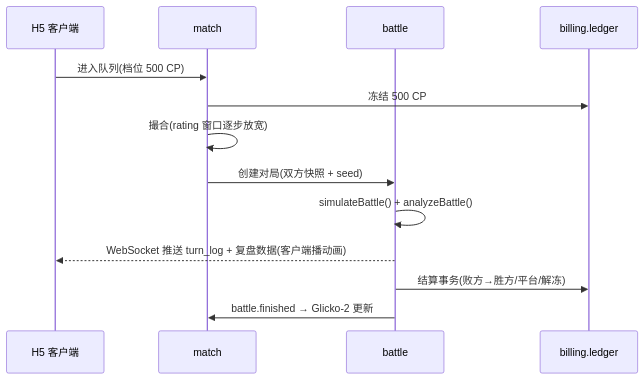
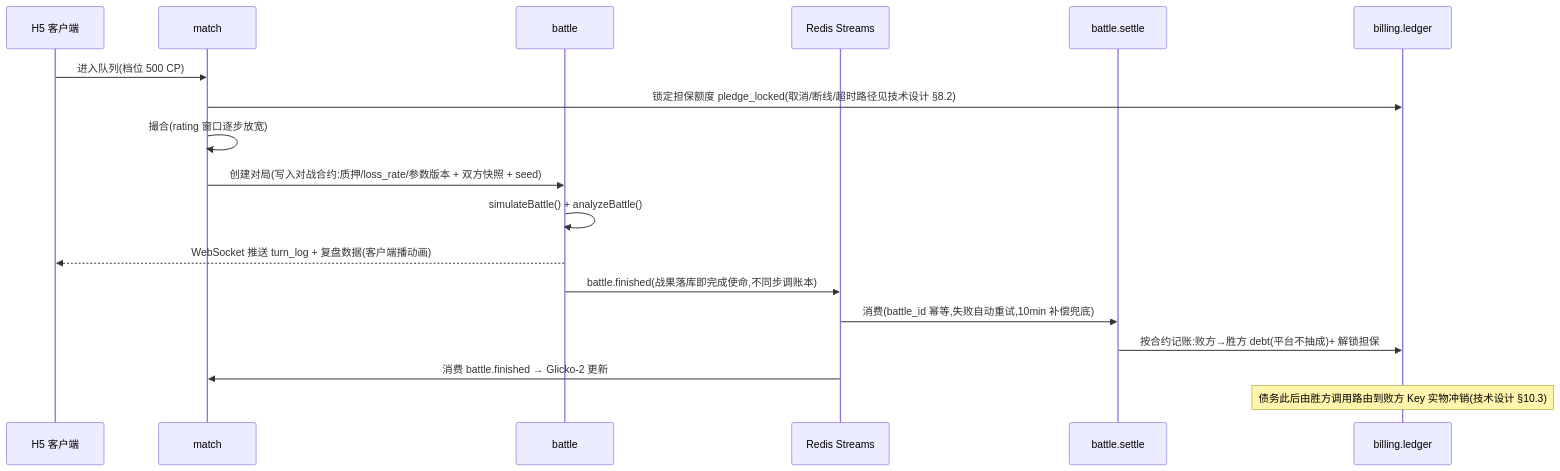
The third of 3 diagrams in docs/architecture.md (YuzuRain/Mogwai), drawn with Mermaid before and after one commit. The commit also changed other lines of this file and 8 other files, not shown here.

````diff
--- a/docs/architecture.md
+++ b/docs/architecture.md
@@ -309,16 +321,21 @@
 ```mermaid
 sequenceDiagram
     participant H as H5 客户端
     participant M as match
     participant BT as battle
+    participant R as Redis Streams
+    participant S as battle.settle
     participant L as billing.ledger
 
     H->>M: 进入队列(档位 500 CP)
-    M->>L: 冻结 500 CP
+    M->>L: 锁定担保额度 pledge_locked(取消/断线/超时路径见技术设计 §8.2)
     M->>M: 撮合(rating 窗口逐步放宽)
-    M->>BT: 创建对局(双方快照 + seed)
+    M->>BT: 创建对局(写入对战合约:质押/loss_rate/参数版本 + 双方快照 + seed)
     BT->>BT: simulateBattle() + analyzeBattle()
     BT-->>H: WebSocket 推送 turn_log + 复盘数据(客户端播动画)
-    BT->>L: 结算事务(败方→胜方/平台/解冻)
-    BT->>M: battle.finished → Glicko-2 更新
+    BT->>R: battle.finished(战果落库即完成使命,不同步调账本)
+    R->>S: 消费(battle_id 幂等,失败自动重试,10min 补偿兜底)
+    S->>L: 按合约记账:败方→胜方 debt(平台不抽成)+ 解锁担保
+    R->>M: 消费 battle.finished → Glicko-2 更新
+    Note over L: 债务此后由胜方调用路由到败方 Key 实物冲销(技术设计 §10.3)
 ```
````
